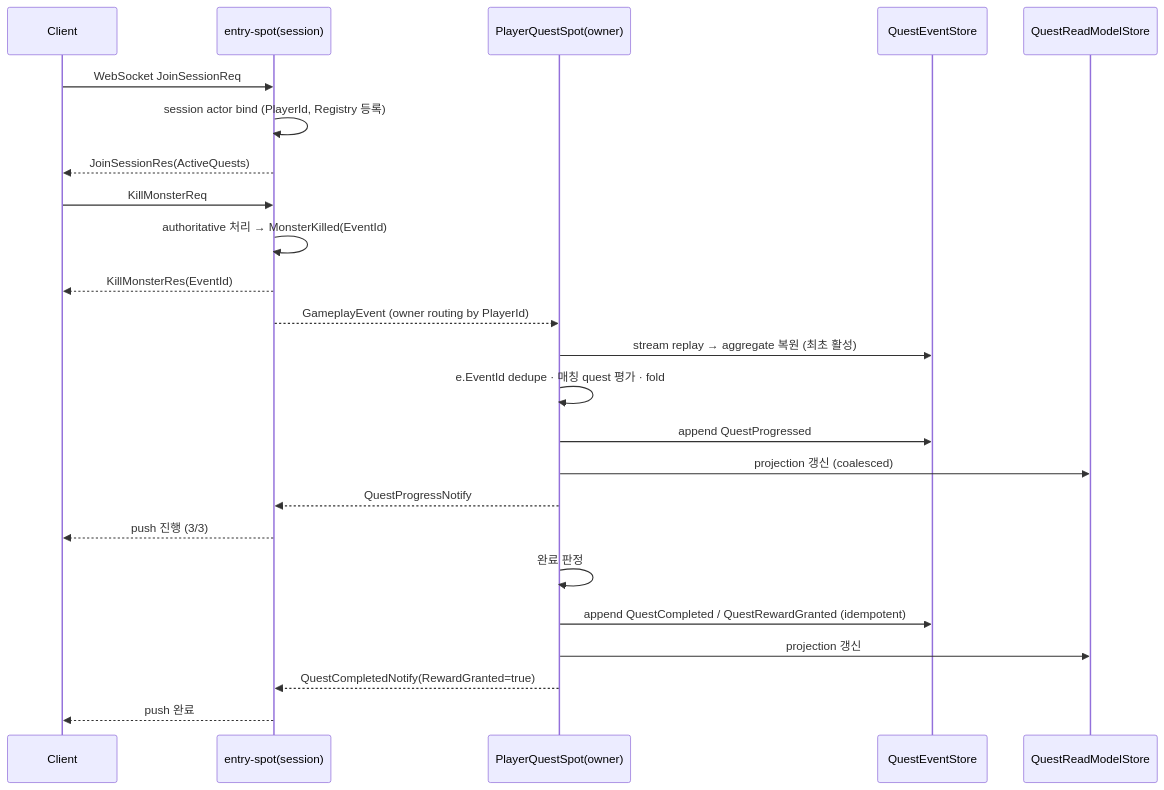
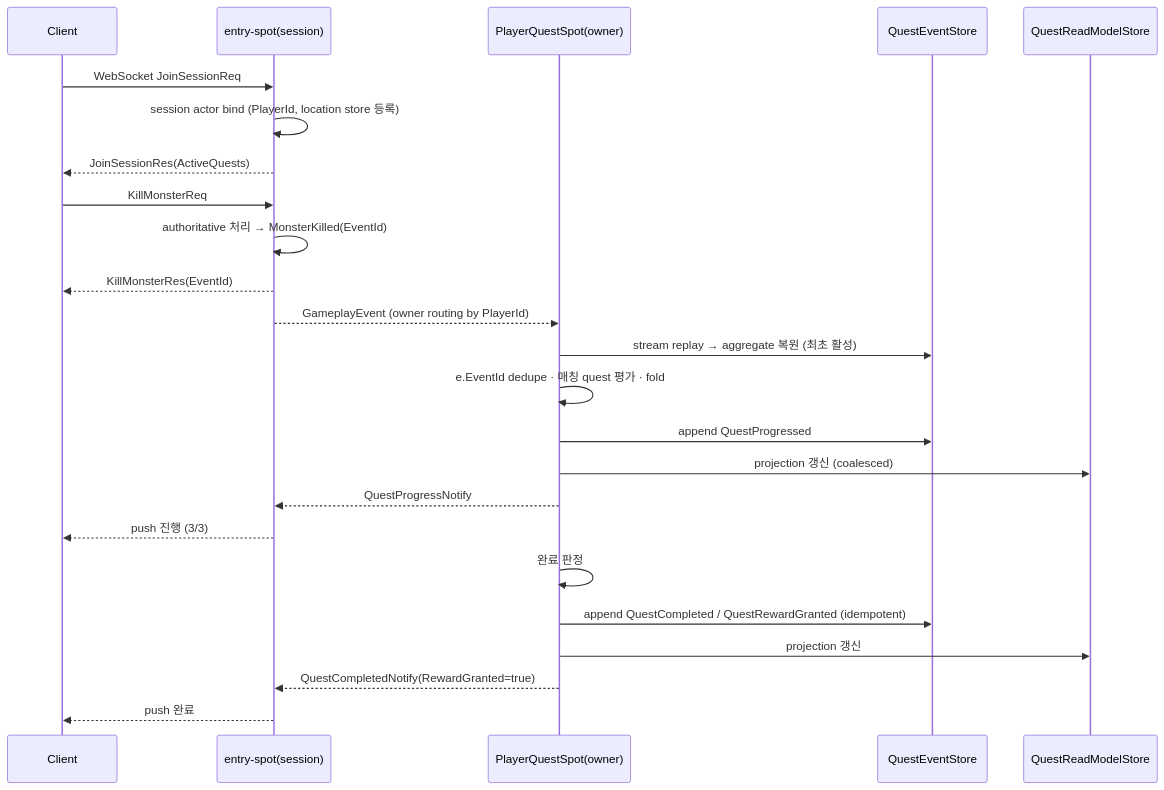
Before and after one commit to kairos-code-dev/zlink: the fifth of 5 diagrams in framework/doc/framework/common/sample/event/gamequest.ko.md, drawn with Mermaid. The commit also changed other lines of this file and 1 other file, not shown here.

````diff
--- a/framework/doc/framework/common/sample/event/gamequest.ko.md
+++ b/framework/doc/framework/common/sample/event/gamequest.ko.md
@@ -462,30 +482,30 @@
 ```mermaid
 sequenceDiagram
     participant C as Client
     participant ES as entry-spot(session)
     participant P as PlayerQuestSpot(owner)
     participant EVS as QuestEventStore
     participant RM as QuestReadModelStore
 
     C->>ES: WebSocket JoinSessionReq
-    ES->>ES: session actor bind (PlayerId, Registry 등록)
+    ES->>ES: session actor bind (PlayerId, location store 등록)
     ES-->>C: JoinSessionRes(ActiveQuests)
 
     C->>ES: KillMonsterReq
     ES->>ES: authoritative 처리 → MonsterKilled(EventId)
     ES-->>C: KillMonsterRes(EventId)
     ES-->>P: GameplayEvent (owner routing by PlayerId)
 
     P->>EVS: stream replay → aggregate 복원 (최초 활성)
     P->>P: e.EventId dedupe · 매칭 quest 평가 · fold
     P->>EVS: append QuestProgressed
     P->>RM: projection 갱신 (coalesced)
     P-->>ES: QuestProgressNotify
     ES-->>C: push 진행 (3/3)
 
     P->>P: 완료 판정
     P->>EVS: append QuestCompleted / QuestRewardGranted (idempotent)
     P->>RM: projection 갱신
     P-->>ES: QuestCompletedNotify(RewardGranted=true)
     ES-->>C: push 완료
 ```
````
